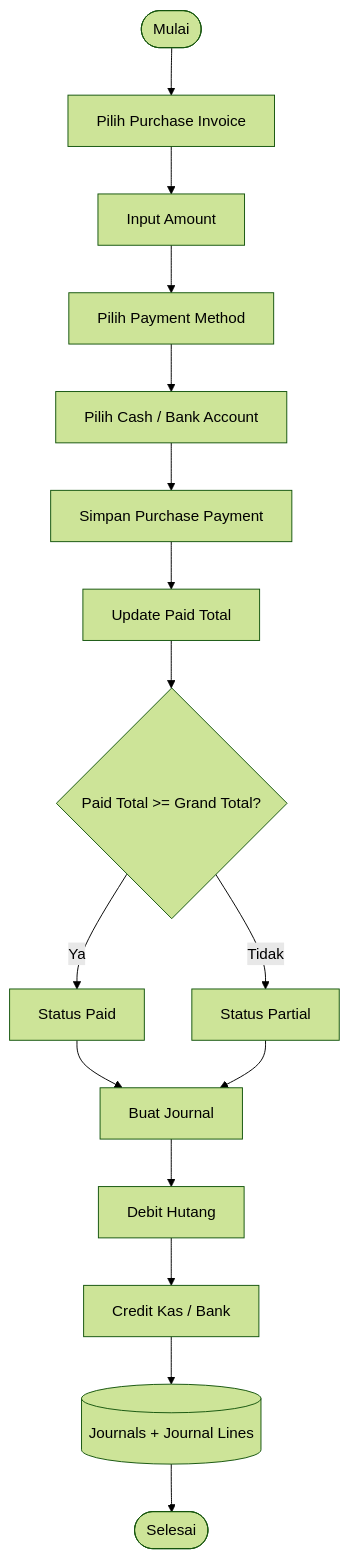
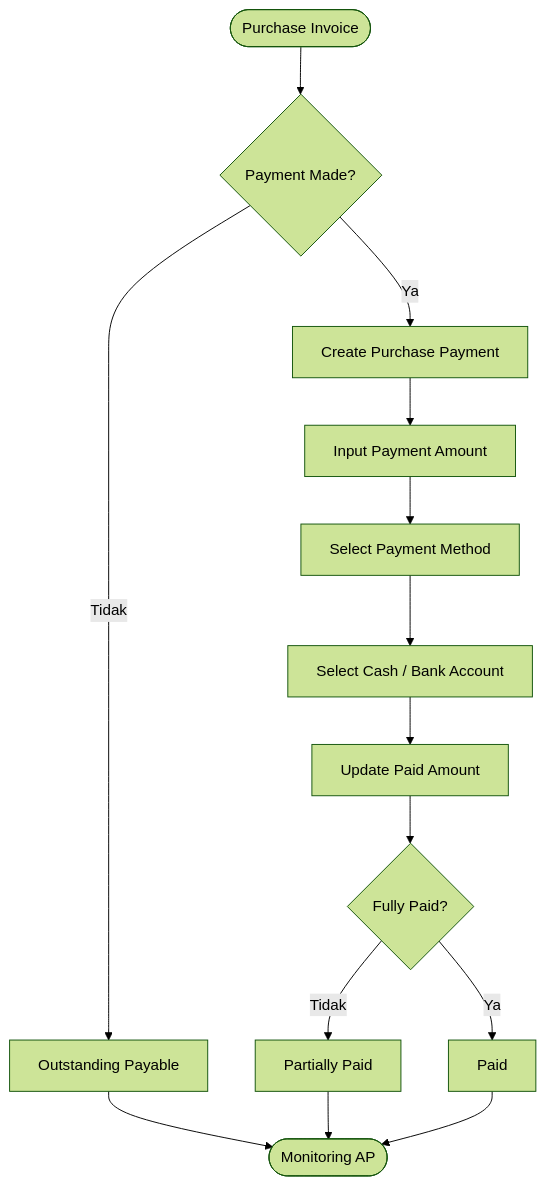
One commit to ahmadfaiqm/flowcash changed the ninth of 17 diagrams in docs/flowchart/flowchart.md. Above: the diagram before and after it, drawn with Mermaid (forest theme). The commit also changed other lines of this file, not shown here.

Commit message:
feat/FlowChartBaru

````diff
--- a/docs/flowchart/flowchart.md
+++ b/docs/flowchart/flowchart.md
@@ -462,24 +226,16 @@
 ```mermaid
 flowchart TD
-    A([Mulai]) --> B[Pilih Purchase Invoice]
-    B --> C[Input Amount]
-    C --> D[Pilih Payment Method]
-    D --> E[Pilih Cash / Bank Account]
-
-    E --> F[Simpan Purchase Payment]
-    F --> G[Update Paid Total]
-
-    G --> H{Paid Total >= Grand Total?}
-
-    H -- Ya --> I[Status Paid]
-    H -- Tidak --> J[Status Partial]
-
-    I --> K[Buat Journal]
-    J --> K
-
-    K --> L[Debit Hutang]
-    L --> M[Credit Kas / Bank]
-    M --> N[(Journals + Journal Lines)]
-
-    N --> Z([Selesai])
+    A([Purchase Invoice]) --> B{Payment Made?}
+    B -->|Tidak| C[Outstanding Payable]
+    B -->|Ya| D[Create Purchase Payment]
+    D --> E[Input Payment Amount]
+    E --> F[Select Payment Method]
+    F --> G[Select Cash / Bank Account]
+    G --> H[Update Paid Amount]
+    H --> I{Fully Paid?}
+    I -->|Tidak| J[Partially Paid]
+    I -->|Ya| K[Paid]
+    C --> L([Monitoring AP])
+    J --> L
+    K --> L
 ```
````
